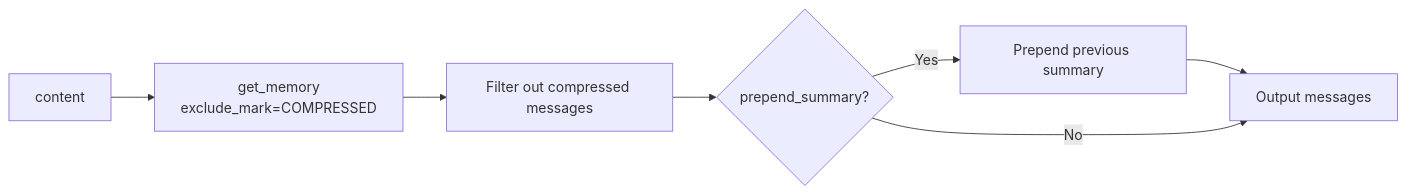
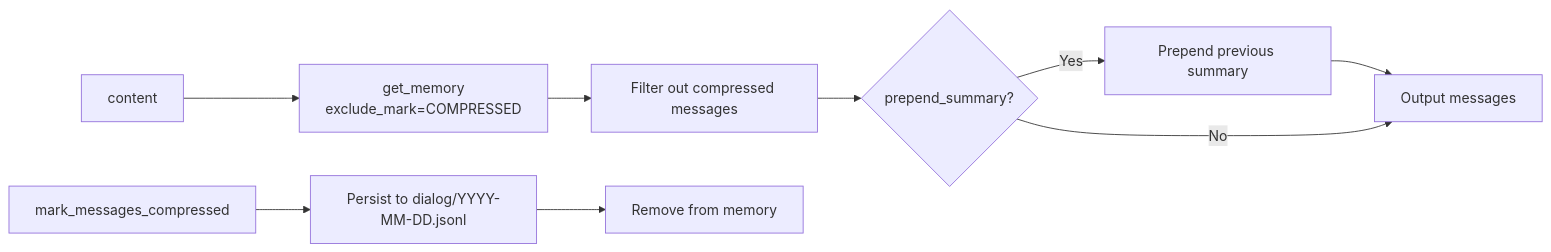
Before and after one commit to lllyyysss77/ReMe: the seventh of 9 diagrams in README.md, drawn with Mermaid. The commit also changed other lines of this file and 29 other files, not shown here.

````diff
--- a/README.md
+++ b/README.md
@@ -345,9 +362,11 @@
 ```mermaid
 graph LR
     C[content] --> G[get_memory<br>exclude_mark=COMPRESSED]
     G --> F[Filter out compressed messages]
     F --> P{prepend_summary?}
     P -->|Yes| S[Prepend previous summary]
     S --> O[Output messages]
     P -->|No| O
+    M[mark_messages_compressed] --> D[Persist to dialog/YYYY-MM-DD.jsonl]
+    D --> R[Remove from memory]
 ```
````
